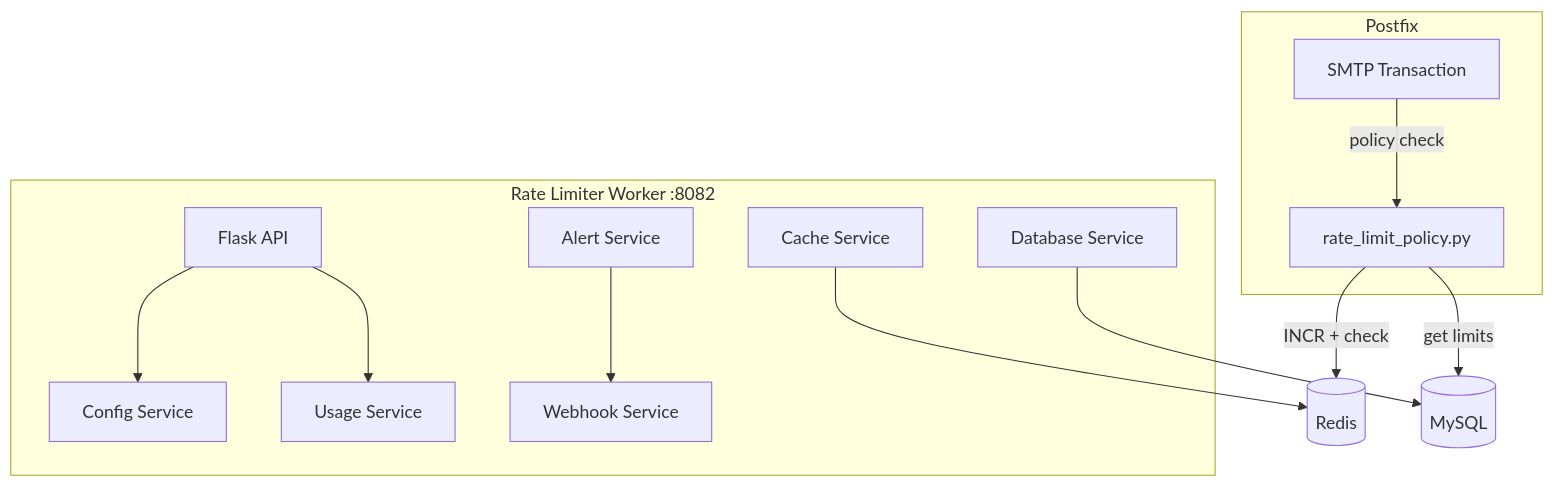
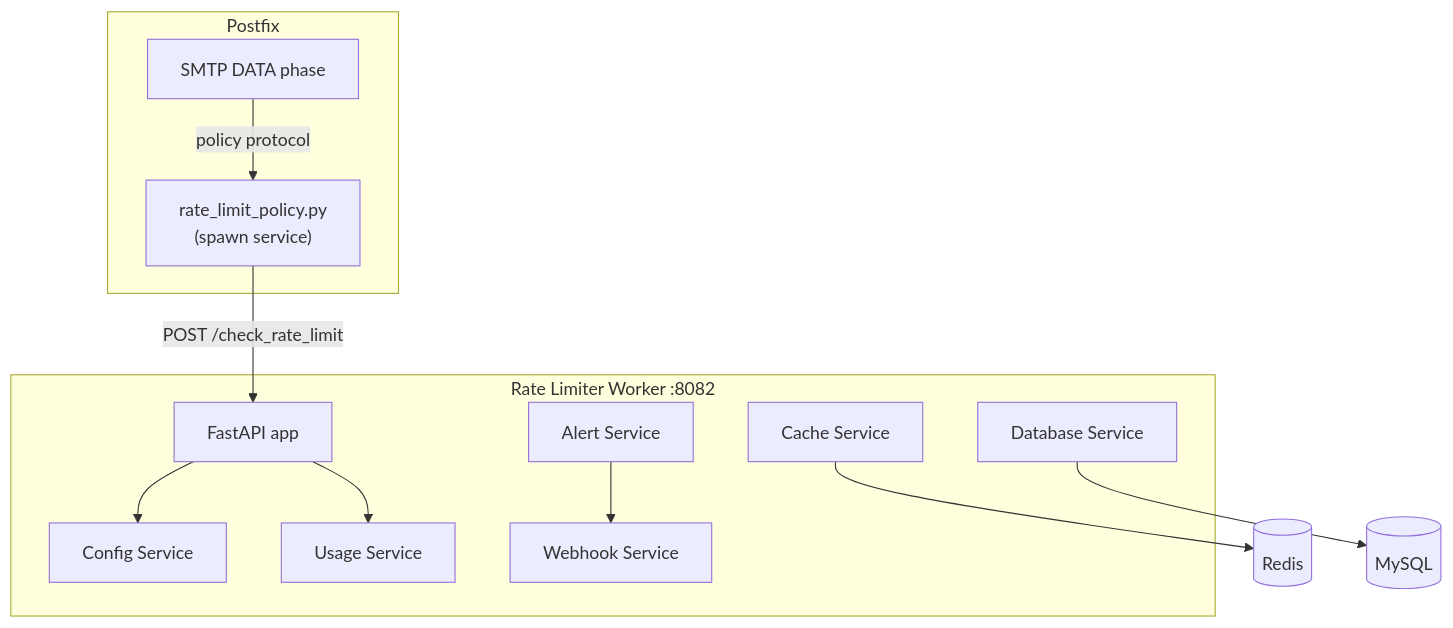
Before and after one commit to Techies-Africa/mailyte-mail-server-community: the diagram in docs/worker/rate-limiter.md, drawn with Mermaid. The commit also changed other lines of this file and 481 other files, not shown here.

````diff
--- a/docs/worker/rate-limiter.md
+++ b/docs/worker/rate-limiter.md
@@ -24,27 +27,25 @@
 ```mermaid
 flowchart TB
     subgraph Postfix
-        SMTP["SMTP Transaction"]
-        Policy["rate_limit_policy.py"]
+        SMTP["SMTP DATA phase"]
+        Policy["rate_limit_policy.py\n(spawn service)"]
     end
 
     subgraph Worker["Rate Limiter Worker :8082"]
-        API["Flask API"]
+        API["FastAPI app"]
         ConfigSvc["Config Service"]
         CacheSvc["Cache Service"]
         DBSvc["Database Service"]
         UsageSvc["Usage Service"]
         AlertSvc["Alert Service"]
         WebhookSvc["Webhook Service"]
     end
 
-    SMTP -->|"policy check"| Policy
-    Policy -->|"INCR + check"| Redis[(Redis)]
-    Policy -->|"get limits"| MySQL[(MySQL)]
-
+    SMTP -->|"policy protocol"| Policy
+    Policy -->|"POST /check_rate_limit"| API
     API --> ConfigSvc
     API --> UsageSvc
-    CacheSvc --> Redis
-    DBSvc --> MySQL
+    CacheSvc --> Redis[(Redis)]
+    DBSvc --> MySQL[(MySQL)]
     AlertSvc --> WebhookSvc
 ```
````
